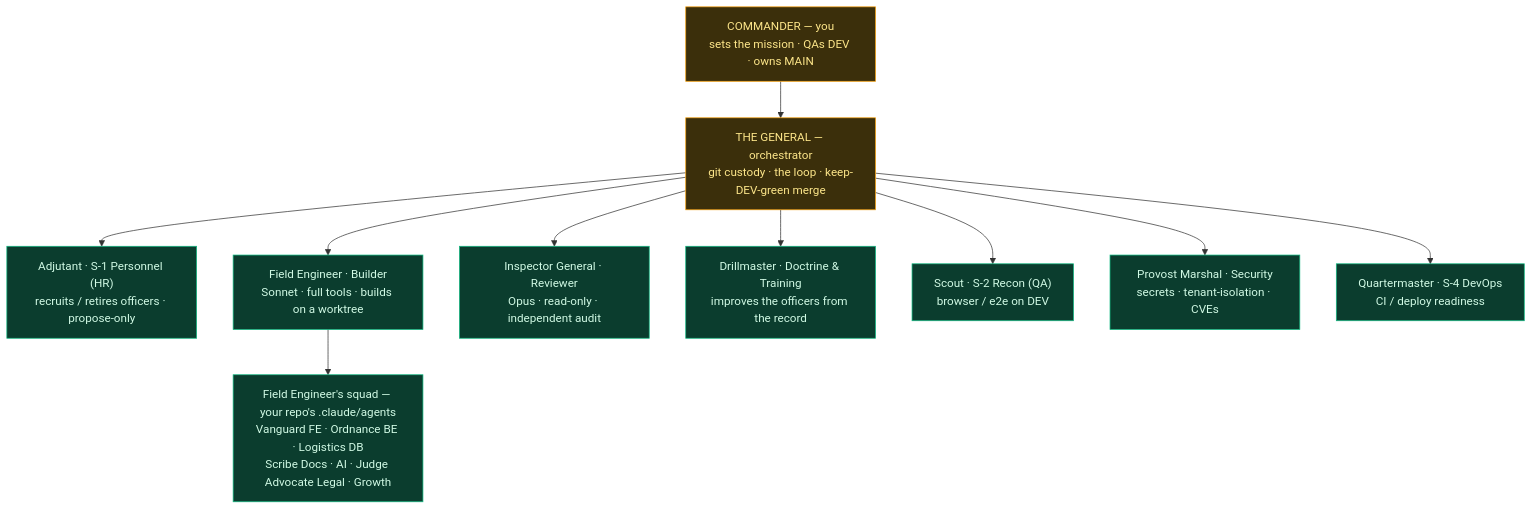
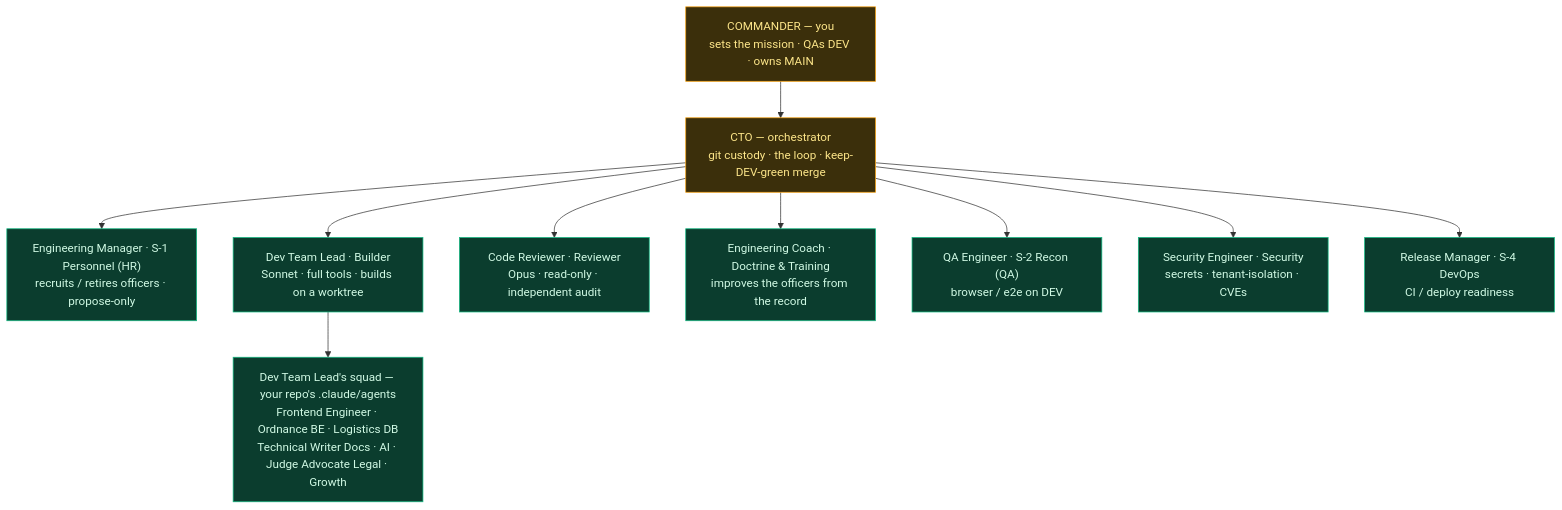
Before and after one commit to roman-berlin/Elite-Squad: the first of 3 diagrams in ORG.md, drawn with Mermaid. The commit also changed other lines of this file, not shown here.

````diff
--- a/ORG.md
+++ b/ORG.md
@@ -13,22 +13,22 @@
 ```mermaid
 graph TD
     C["COMMANDER — you<br/>sets the mission · QAs DEV · owns MAIN"]
-    G["THE GENERAL — orchestrator<br/>git custody · the loop · keep-DEV-green merge"]
+    G["CTO — orchestrator<br/>git custody · the loop · keep-DEV-green merge"]
     C --> G
 
-    G --> ADJ["Adjutant · S-1 Personnel (HR)<br/>recruits / retires officers · propose-only"]
-    G --> ENG["Field Engineer · Builder<br/>Sonnet · full tools · builds on a worktree"]
-    G --> INS["Inspector General · Reviewer<br/>Opus · read-only · independent audit"]
-    G --> DRL["Drillmaster · Doctrine & Training<br/>improves the officers from the record"]
-    G --> SCT["Scout · S-2 Recon (QA)<br/>browser / e2e on DEV"]
-    G --> PRV["Provost Marshal · Security<br/>secrets · tenant-isolation · CVEs"]
-    G --> QM["Quartermaster · S-4 DevOps<br/>CI / deploy readiness"]
+    G --> ADJ["Engineering Manager · S-1 Personnel (HR)<br/>recruits / retires officers · propose-only"]
+    G --> ENG["Dev Team Lead · Builder<br/>Sonnet · full tools · builds on a worktree"]
+    G --> INS["Code Reviewer · Reviewer<br/>Opus · read-only · independent audit"]
+    G --> DRL["Engineering Coach · Doctrine & Training<br/>improves the officers from the record"]
+    G --> SCT["QA Engineer · S-2 Recon (QA)<br/>browser / e2e on DEV"]
+    G --> PRV["Security Engineer · Security<br/>secrets · tenant-isolation · CVEs"]
+    G --> QM["Release Manager · S-4 DevOps<br/>CI / deploy readiness"]
 
-    ENG --> SQ["Field Engineer's squad — your repo's .claude/agents<br/>Vanguard FE · Ordnance BE · Logistics DB<br/>Scribe Docs · AI · Judge Advocate Legal · Growth"]
+    ENG --> SQ["Dev Team Lead's squad — your repo's .claude/agents<br/>Frontend Engineer · Ordnance BE · Logistics DB<br/>Technical Writer Docs · AI · Judge Advocate Legal · Growth"]
 
     classDef command fill:#3b2f0b,stroke:#f59e0b,color:#fde68a;
     classDef active fill:#0b3d2e,stroke:#10b981,color:#d1fae5;
     classDef planned fill:#1f2937,stroke:#6b7280,color:#9ca3af,stroke-dasharray:5 5;
     class C,G command;
     class ADJ,ENG,INS,DRL,SCT,PRV,QM,SQ active;
 ```
````
